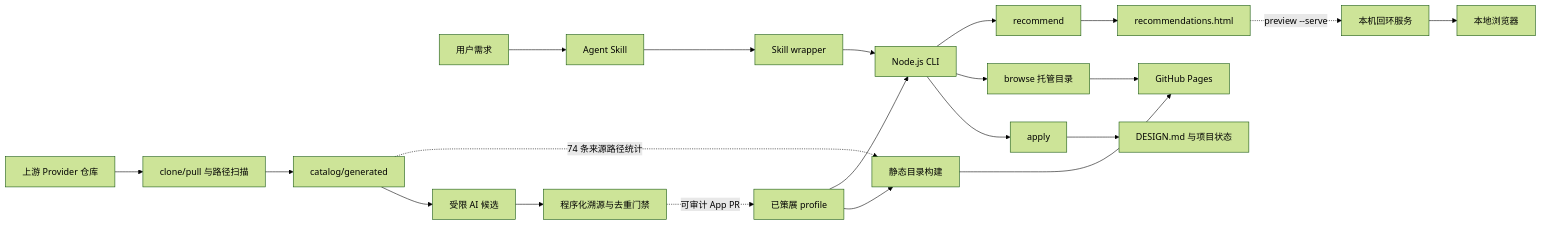
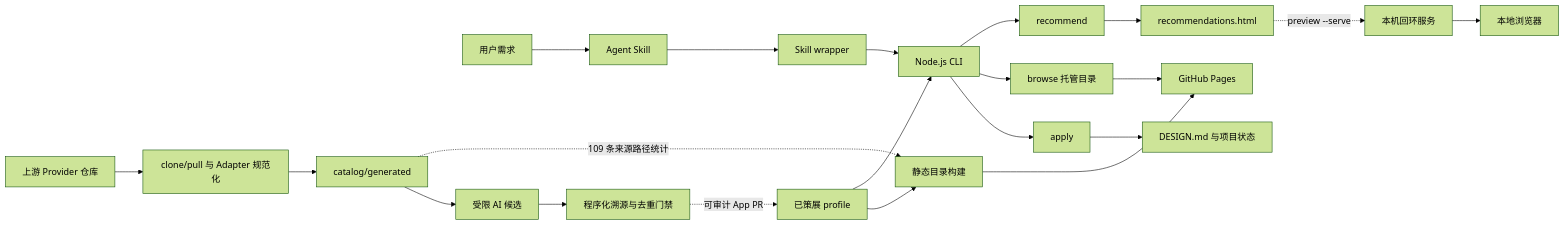
The diagram in docs/IMPLEMENTATION.zh-CN.md (coconilu/ai-ui-style-director), drawn with Mermaid (forest theme) before and after one commit. The commit also changed other lines of this file and 33 other files, not shown here.

````diff
--- a/docs/IMPLEMENTATION.zh-CN.md
+++ b/docs/IMPLEMENTATION.zh-CN.md
@@ -13,23 +13,23 @@
 ```mermaid
 flowchart LR
   U[用户需求] --> S[Agent Skill]
   S --> W[Skill wrapper]
   W --> C[Node.js CLI]
   K[已策展 profile] --> C
   C --> R[recommend]
   C --> B[browse 托管目录]
   C --> A[apply]
   R --> H[recommendations.html]
   H -. preview --serve .-> L[本机回环服务]
   L --> V[本地浏览器]
   K --> X[静态目录构建]
   X --> GP[GitHub Pages]
   B --> GP
   A --> D[DESIGN.md 与项目状态]
-  P[上游 Provider 仓库] --> G[clone/pull 与路径扫描]
+  P[上游 Provider 仓库] --> G[clone/pull 与 Adapter 规范化]
   G --> I[catalog/generated]
-  I -. 74 条来源路径统计 .-> X
+  I -. 109 条来源路径统计 .-> X
   I --> Q[受限 AI 候选]
   Q --> T[程序化溯源与去重门禁]
   T -. 可审计 App PR .-> K
 ```
````
